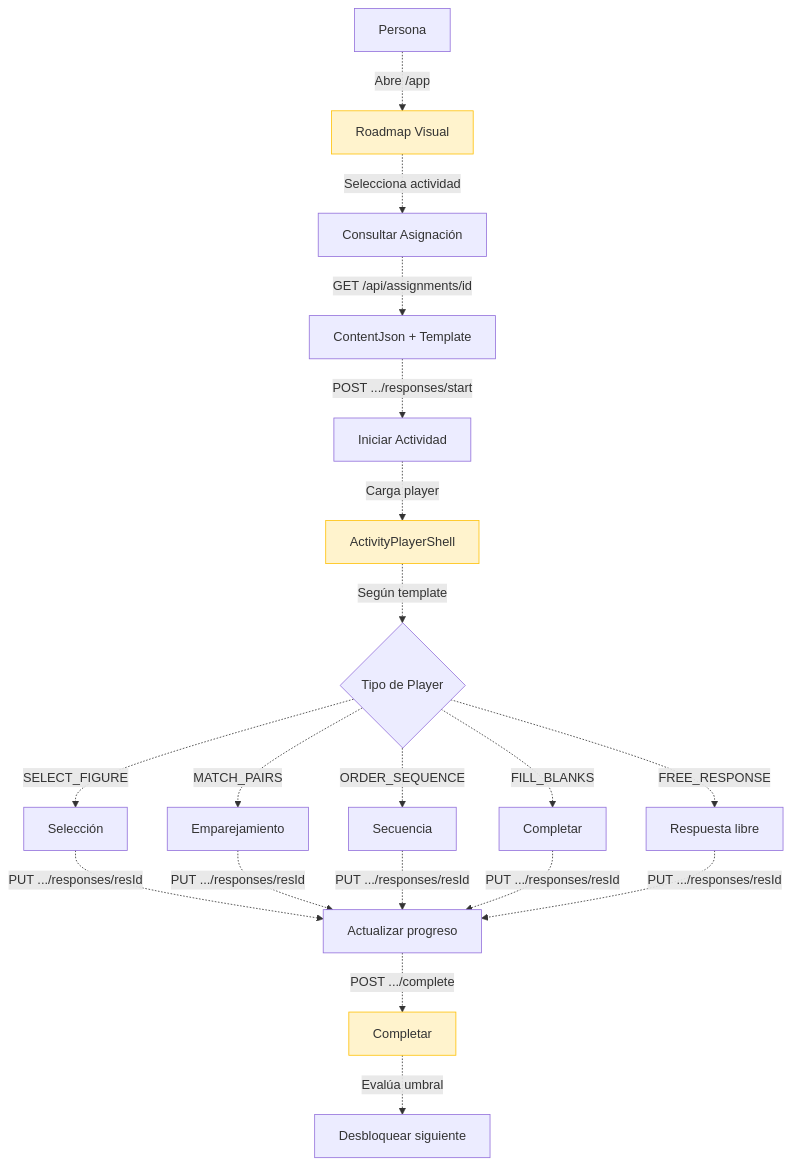
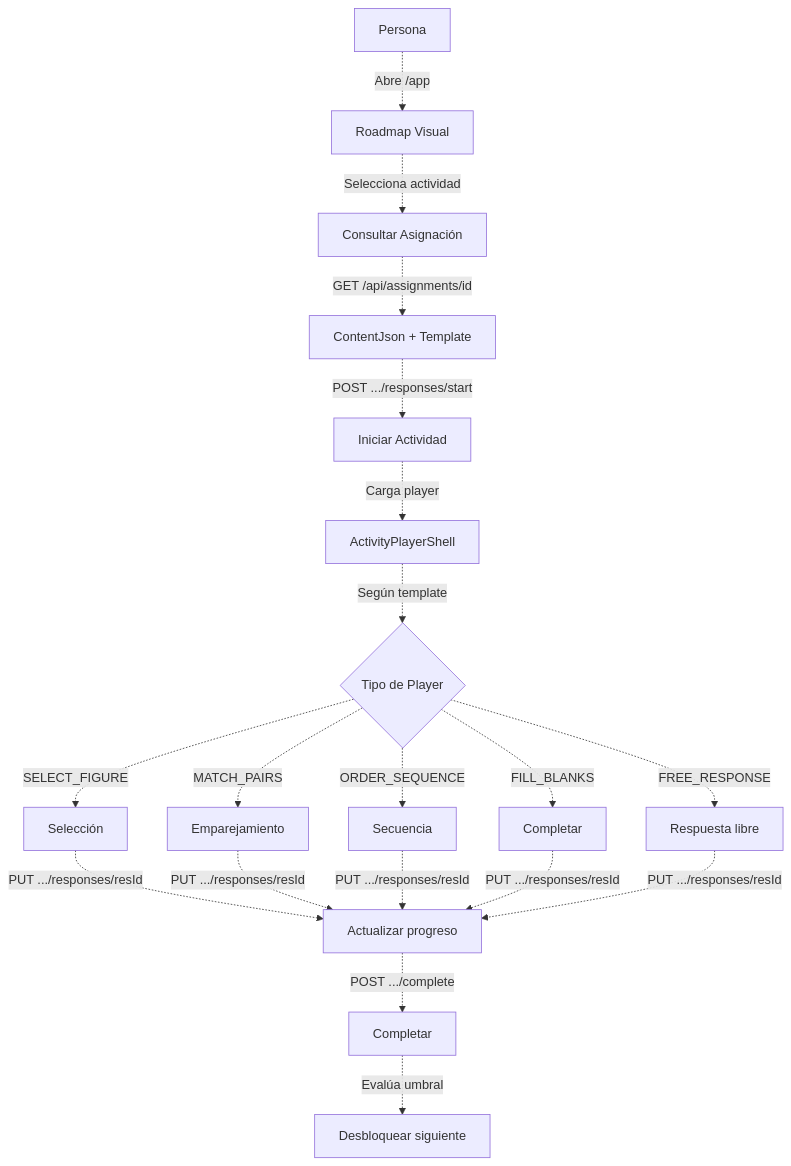
One commit to Sacha-html/InclusiON changed the diagram in Process/12-resolucion-actividades.md. Above: the diagram before and after it, drawn with Mermaid. The commit also changed other lines of this file and 32 other files, not shown here.

First line of the commit message:
Add context diagram, data dictionary, and glossary for InclusiON system

````diff
--- a/Process/12-resolucion-actividades.md
+++ b/Process/12-resolucion-actividades.md
@@ -48,24 +48,21 @@
 ```mermaid
 flowchart TD
     PCD[Persona] -.->|Abre /app| ROAD[Roadmap Visual]
     ROAD -.->|Selecciona actividad| ASIG[Consultar Asignación]
     ASIG -.->|GET /api/assignments/id| DATOS[ContentJson + Template]
 
     DATOS -.->|POST .../responses/start| START[Iniciar Actividad]
     START -.->|Carga player| SHELL[ActivityPlayerShell]
 
     SHELL -.->|Según template| PLAYER{Tipo de Player}
     PLAYER -.->|SELECT_FIGURE| P1[Selección]
     PLAYER -.->|MATCH_PAIRS| P2[Emparejamiento]
     PLAYER -.->|ORDER_SEQUENCE| P3[Secuencia]
     PLAYER -.->|FILL_BLANKS| P4[Completar]
     PLAYER -.->|FREE_RESPONSE| P5[Respuesta libre]
 
     P1 & P2 & P3 & P4 & P5 -.->|PUT .../responses/resId| UPDATE[Actualizar progreso]
     UPDATE -.->|POST .../complete| COMPLETE[Completar]
     COMPLETE -.->|Evalúa umbral| UNLOCK[Desbloquear siguiente]
 
-    style ROAD fill:#fff3cd,stroke:#ffc107
-    style SHELL fill:#fff3cd,stroke:#ffc107
-    style COMPLETE fill:#fff3cd,stroke:#ffc107
 ```
````
